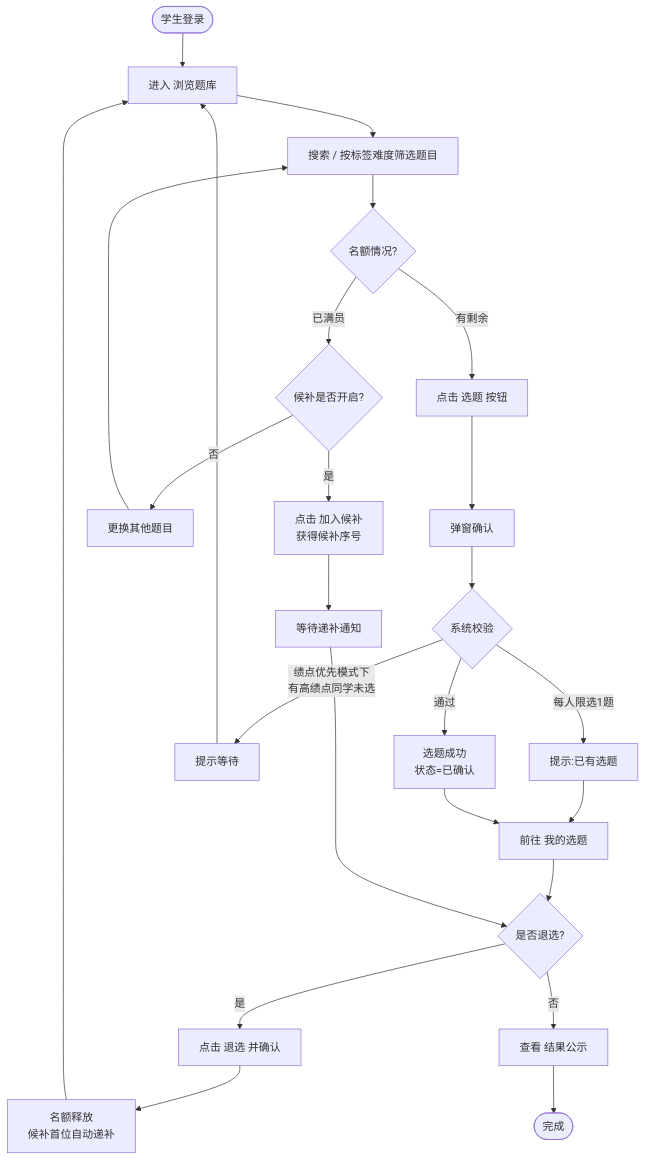
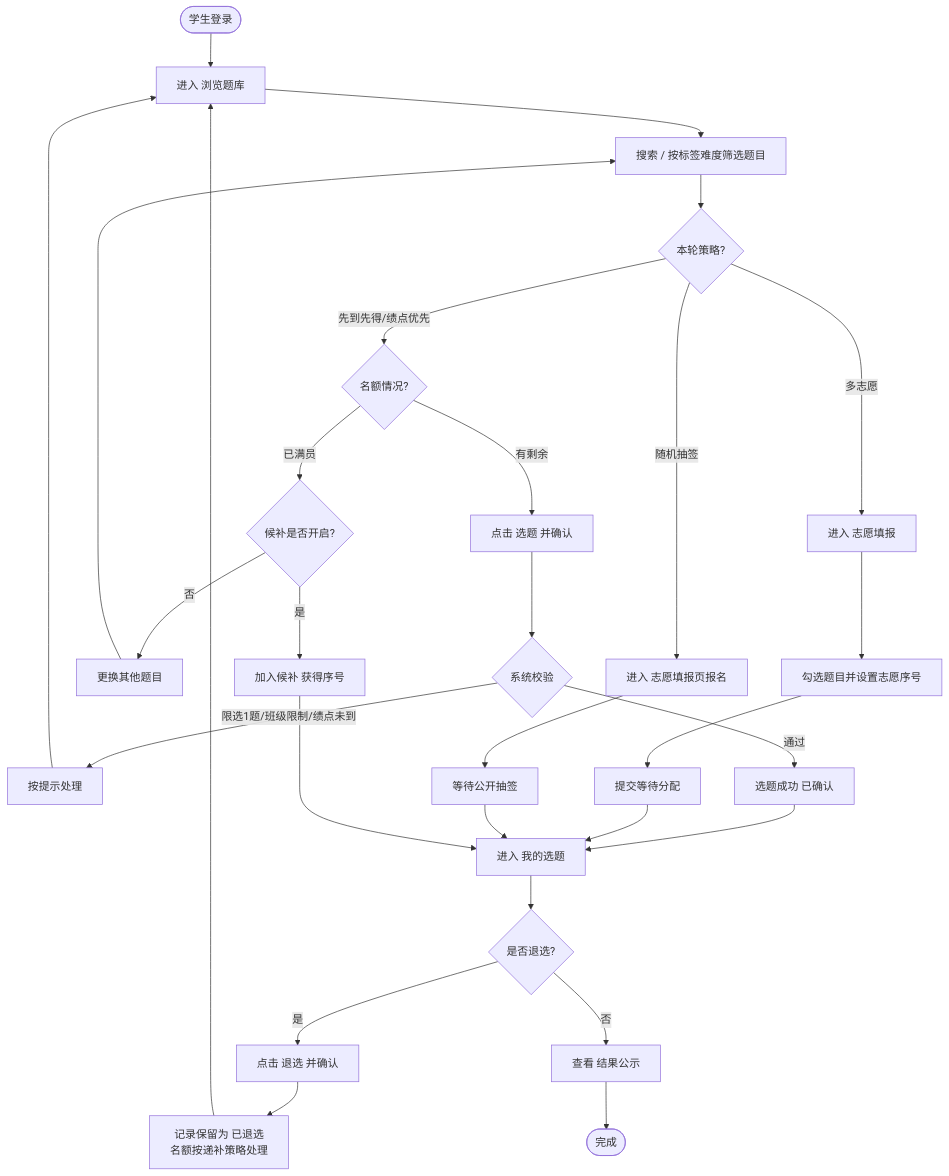
One commit to haixiaoyuntian/topicgo changed the second of 5 diagrams in student-topic-system/wiki/06-使用流程.md. Above: the diagram before and after it, drawn with Mermaid. The commit also changed other lines of this file and 17 other files, not shown here.

````diff
--- a/student-topic-system/wiki/06-使用流程.md
+++ b/student-topic-system/wiki/06-使用流程.md
@@ -28,23 +45,25 @@
 ```mermaid
 flowchart TD
     S1([学生登录]) --> S2[进入 浏览题库]
     S2 --> S3[搜索 / 按标签难度筛选题目]
-    S3 --> S4{名额情况?}
-    S4 -- 有剩余 --> S5[点击 选题 按钮]
+    S3 --> Mode{本轮策略?}
+    Mode -- 先到先得/绩点优先 --> S4{名额情况?}
+    S4 -- 有剩余 --> S5[点击 选题 并确认]
     S4 -- 已满员 --> S6{候补是否开启?}
-    S6 -- 是 --> S7[点击 加入候补<br/>获得候补序号]
-    S6 -- 否 --> S8[更换其他题目]
-    S8 --> S3
-    S5 --> S9[弹窗确认]
-    S9 --> S10{系统校验}
-    S10 -- "每人限选1题" --> S11[提示:已有选题] --> S12[前往 我的选题]
-    S10 -- "绩点优先模式下<br/>有高绩点同学未选" --> S13[提示等待] --> S2
-    S10 -- 通过 --> S14[选题成功<br/>状态=已确认]
-    S14 --> S12
-    S12 --> S15{是否退选?}
-    S15 -- 是 --> S16[点击 退选 并确认]
-    S16 --> S17[名额释放<br/>候补首位自动递补]
-    S17 --> S2
-    S15 -- 否 --> S18[查看 结果公示] --> S19([完成])
-    S7 --> S20[等待递补通知] --> S15
+    S6 -- 是 --> S7[加入候补 获得序号]
+    S6 -- 否 --> S8[更换其他题目] --> S3
+    S5 --> S9{系统校验}
+    S9 -- 限选1题/班级限制/绩点未到 --> S10[按提示处理] --> S2
+    S9 -- 通过 --> S11[选题成功 已确认]
+    Mode -- 多志愿 --> W1[进入 志愿填报] --> W2[勾选题目并设置志愿序号] --> W3[提交等待分配]
+    Mode -- 随机抽签 --> E1[进入 志愿填报页报名] --> E2[等待公开抽签]
+    S11 --> S12[进入 我的选题]
+    W3 --> S12
+    E2 --> S12
+    S7 --> S12
+    S12 --> S13{是否退选?}
+    S13 -- 是 --> S14[点击 退选 并确认]
+    S14 --> S15[记录保留为 已退选<br/>名额按递补策略处理]
+    S15 --> S2
+    S13 -- 否 --> S16[查看 结果公示] --> S17([完成])
 ```
````
